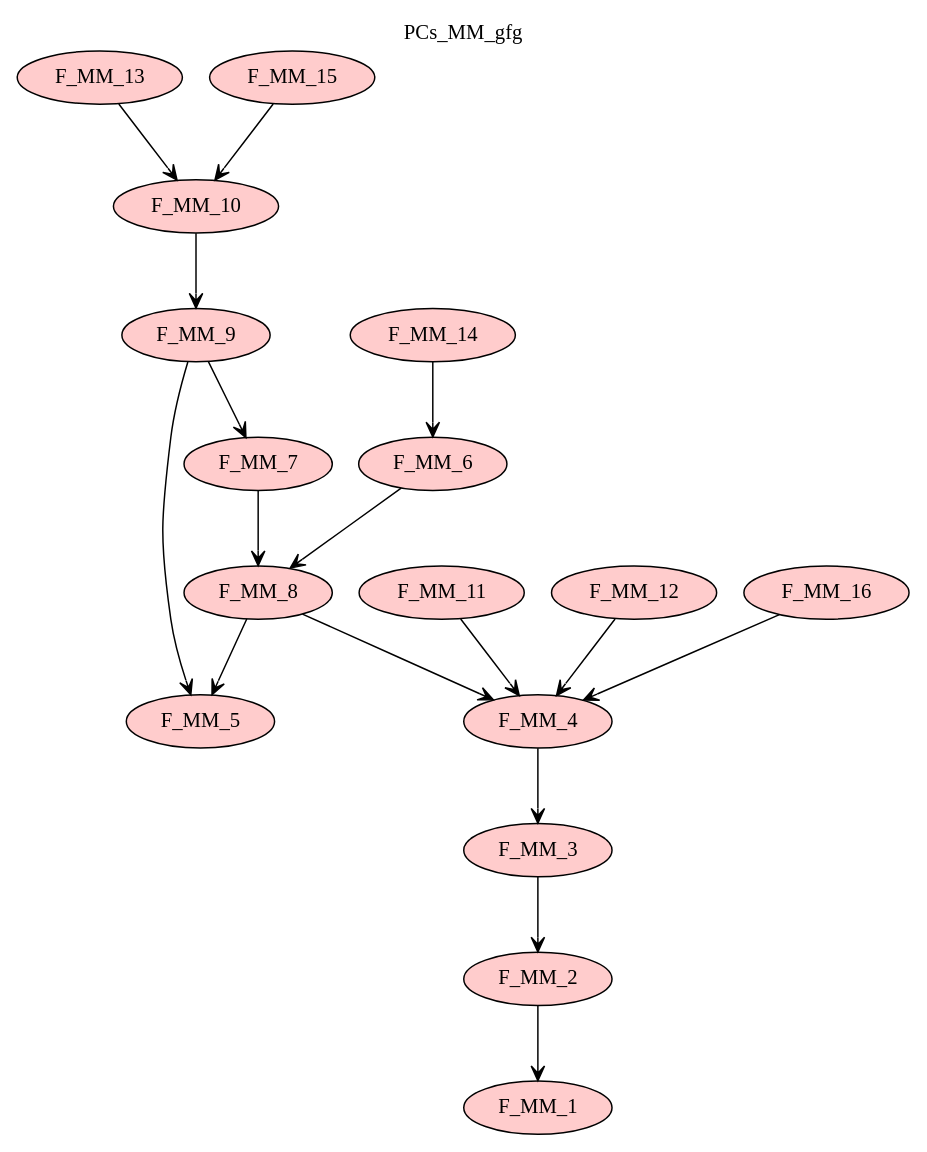
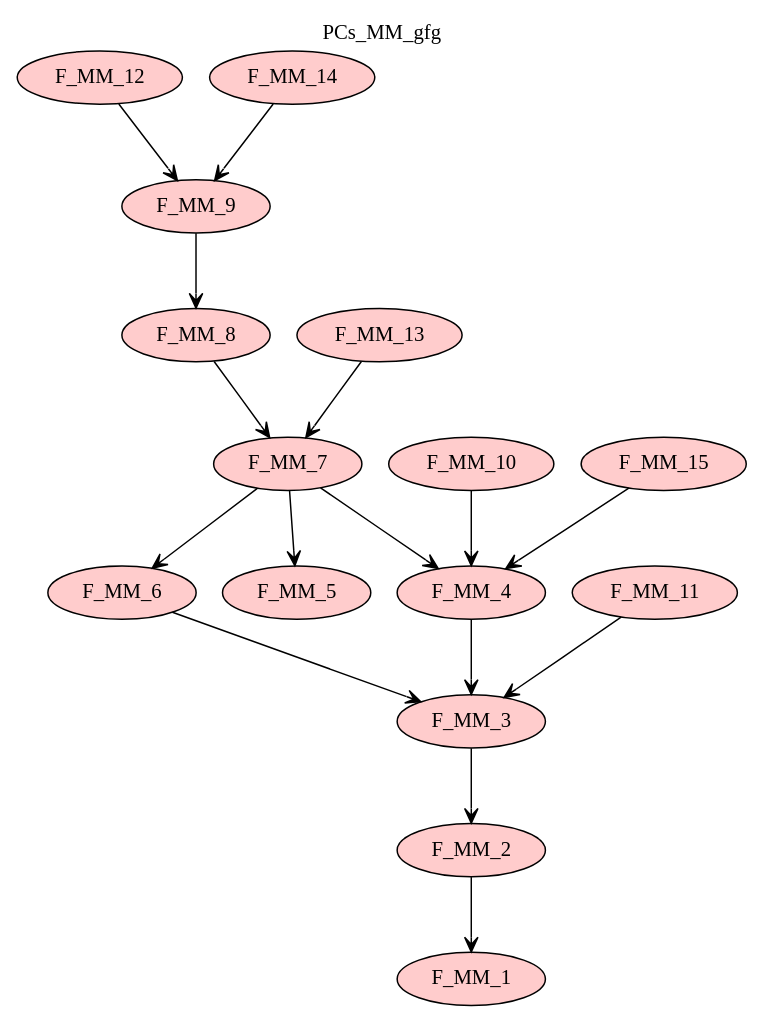
The diagram in Haskell/PCs/MM/img/PCs_MM_gfg.gv (namalio/Fragmenta), drawn with Graphviz before and after one commit. The commit also changed 265 other files, not shown here.

```diff
--- a/Haskell/PCs/MM/img/PCs_MM_gfg.gv
+++ b/Haskell/PCs/MM/img/PCs_MM_gfg.gv
@@ -1,35 +1,33 @@
 digraph {graph[label=PCs_MM_gfg,labelloc=tl,labelfontsize=12];
 "F_MM_1"[shape=oval,fillcolor="#FFCCCC",style ="filled",label="F_MM_1"];
 "F_MM_2"[shape=oval,fillcolor="#FFCCCC",style ="filled",label="F_MM_2"];
 "F_MM_3"[shape=oval,fillcolor="#FFCCCC",style ="filled",label="F_MM_3"];
 "F_MM_4"[shape=oval,fillcolor="#FFCCCC",style ="filled",label="F_MM_4"];
 "F_MM_5"[shape=oval,fillcolor="#FFCCCC",style ="filled",label="F_MM_5"];
 "F_MM_6"[shape=oval,fillcolor="#FFCCCC",style ="filled",label="F_MM_6"];
 "F_MM_7"[shape=oval,fillcolor="#FFCCCC",style ="filled",label="F_MM_7"];
 "F_MM_8"[shape=oval,fillcolor="#FFCCCC",style ="filled",label="F_MM_8"];
 "F_MM_9"[shape=oval,fillcolor="#FFCCCC",style ="filled",label="F_MM_9"];
 "F_MM_10"[shape=oval,fillcolor="#FFCCCC",style ="filled",label="F_MM_10"];
 "F_MM_11"[shape=oval,fillcolor="#FFCCCC",style ="filled",label="F_MM_11"];
 "F_MM_12"[shape=oval,fillcolor="#FFCCCC",style ="filled",label="F_MM_12"];
 "F_MM_13"[shape=oval,fillcolor="#FFCCCC",style ="filled",label="F_MM_13"];
 "F_MM_14"[shape=oval,fillcolor="#FFCCCC",style ="filled",label="F_MM_14"];
 "F_MM_15"[shape=oval,fillcolor="#FFCCCC",style ="filled",label="F_MM_15"];
-"F_MM_16"[shape=oval,fillcolor="#FFCCCC",style ="filled",label="F_MM_16"];
 
 "F_MM_2"->"F_MM_1"[label=" ",dir=forward,arrowhead=vee];
 "F_MM_3"->"F_MM_2"[label=" ",dir=forward,arrowhead=vee];
 "F_MM_4"->"F_MM_3"[label=" ",dir=forward,arrowhead=vee];
-"F_MM_6"->"F_MM_8"[label=" ",dir=forward,arrowhead=vee];
-"F_MM_7"->"F_MM_8"[label=" ",dir=forward,arrowhead=vee];
-"F_MM_9"->"F_MM_7"[label=" ",dir=forward,arrowhead=vee];
-"F_MM_8"->"F_MM_4"[label=" ",dir=forward,arrowhead=vee];
-"F_MM_8"->"F_MM_5"[label=" ",dir=forward,arrowhead=vee];
-"F_MM_9"->"F_MM_5"[label=" ",dir=forward,arrowhead=vee];
-"F_MM_10"->"F_MM_9"[label=" ",dir=forward,arrowhead=vee];
-"F_MM_11"->"F_MM_4"[label=" ",dir=forward,arrowhead=vee];
-"F_MM_12"->"F_MM_4"[label=" ",dir=forward,arrowhead=vee];
-"F_MM_13"->"F_MM_10"[label=" ",dir=forward,arrowhead=vee];
-"F_MM_14"->"F_MM_6"[label=" ",dir=forward,arrowhead=vee];
-"F_MM_15"->"F_MM_10"[label=" ",dir=forward,arrowhead=vee];
-"F_MM_16"->"F_MM_4"[label=" ",dir=forward,arrowhead=vee];
+"F_MM_6"->"F_MM_3"[label=" ",dir=forward,arrowhead=vee];
+"F_MM_7"->"F_MM_4"[label=" ",dir=forward,arrowhead=vee];
+"F_MM_7"->"F_MM_5"[label=" ",dir=forward,arrowhead=vee];
+"F_MM_7"->"F_MM_6"[label=" ",dir=forward,arrowhead=vee];
+"F_MM_8"->"F_MM_7"[label=" ",dir=forward,arrowhead=vee];
+"F_MM_9"->"F_MM_8"[label=" ",dir=forward,arrowhead=vee];
+"F_MM_10"->"F_MM_4"[label=" ",dir=forward,arrowhead=vee];
+"F_MM_11"->"F_MM_3"[label=" ",dir=forward,arrowhead=vee];
+"F_MM_12"->"F_MM_9"[label=" ",dir=forward,arrowhead=vee];
+"F_MM_13"->"F_MM_7"[label=" ",dir=forward,arrowhead=vee];
+"F_MM_14"->"F_MM_9"[label=" ",dir=forward,arrowhead=vee];
+"F_MM_15"->"F_MM_4"[label=" ",dir=forward,arrowhead=vee];
 }
```
